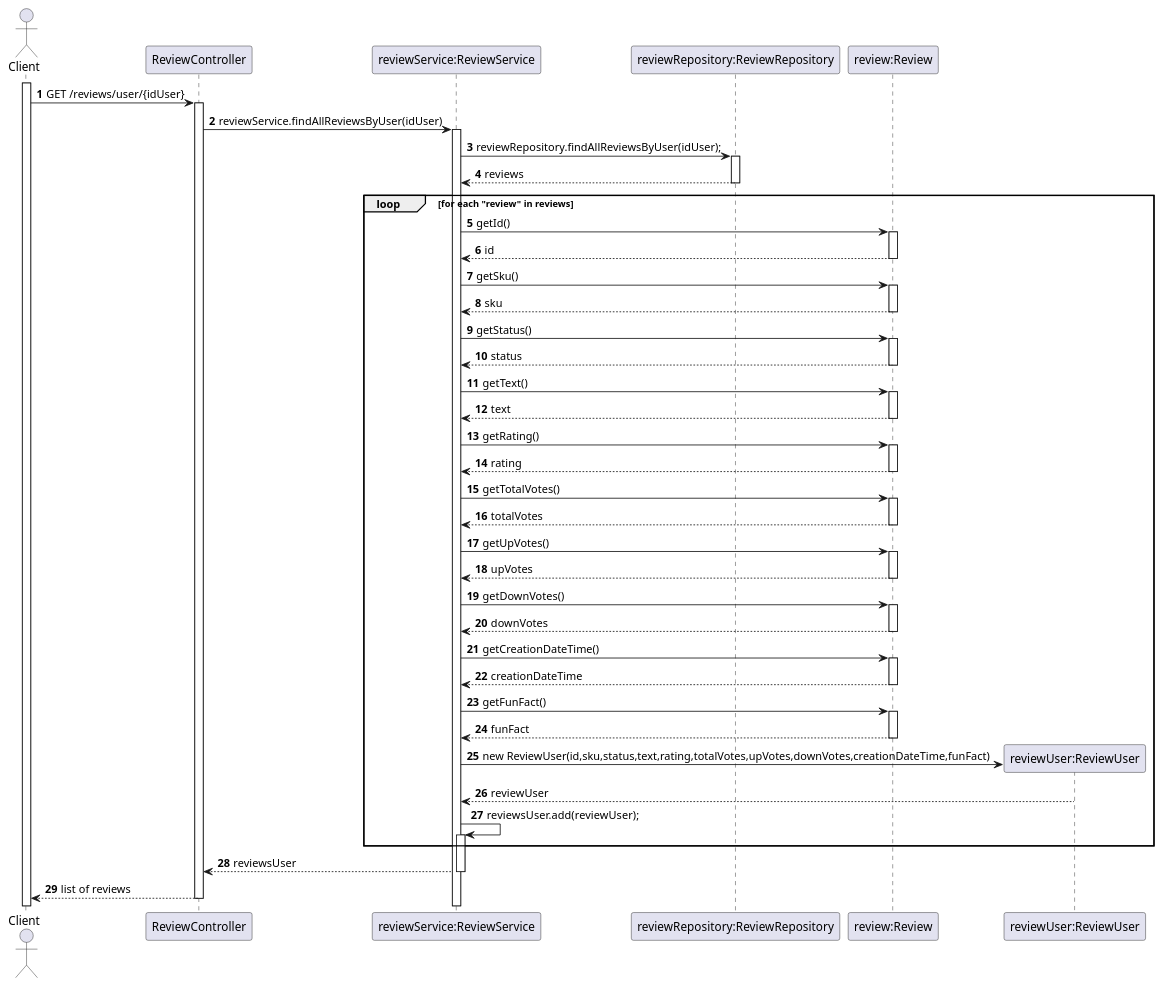
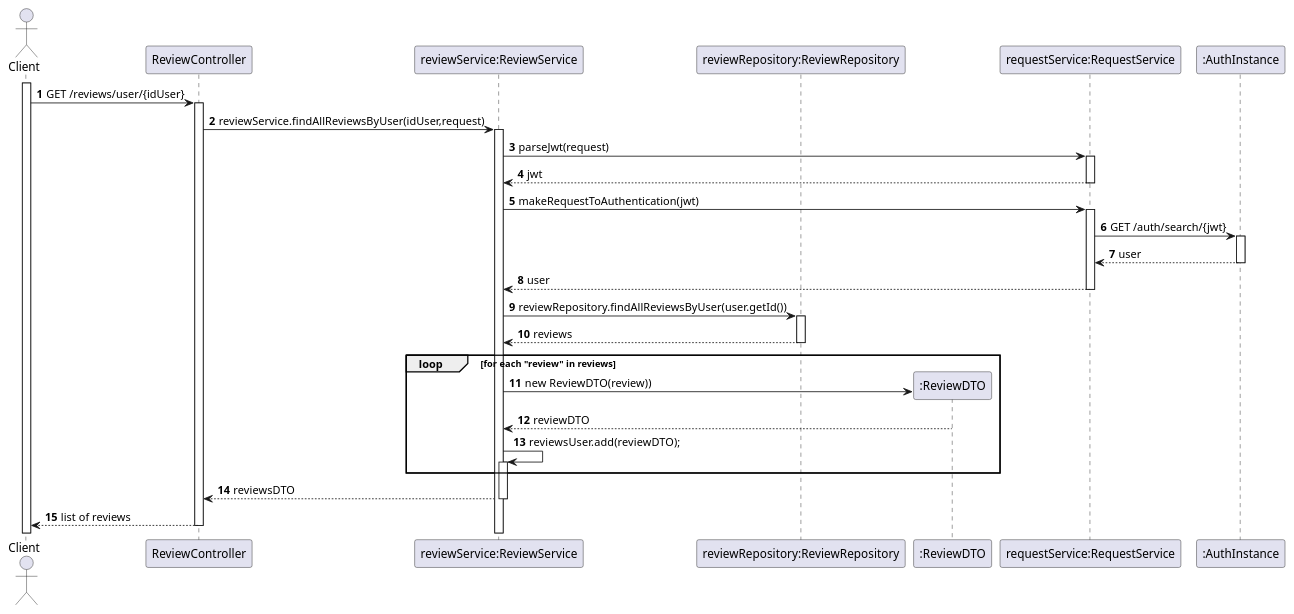
Before and after one commit to TiagoNora/SIDIS-Docs: the diagram in Docs/US11-SD.puml, drawn with PlantUML.

Commit message:
Alterar US11

```diff
--- a/Docs/US11-SD.puml
+++ b/Docs/US11-SD.puml
@@ -1,49 +1,37 @@
 @startuml
 'https://plantuml.com/sequence-diagram
 
 
 autoactivate on
 autonumber
 
 actor "Client" as Client
 participant "ReviewController" as Ctrl
 participant "reviewService:ReviewService" as service
 participant "reviewRepository:ReviewRepository" as Repo
-participant "review:Review" as review
-participant "reviewUser:ReviewUser" as reviewUser
+participant ":ReviewDTO" as reviewDTO
+participant "requestService:RequestService" as request
+participant ":AuthInstance" as instanceAuth
 
 activate Client
 
 Client -> Ctrl : GET /reviews/user/{idUser}
-Ctrl -> service : reviewService.findAllReviewsByUser(idUser)
-service -> Repo: reviewRepository.findAllReviewsByUser(idUser);
+Ctrl -> service : reviewService.findAllReviewsByUser(idUser,request)
+service -> request : parseJwt(request)
+request --> service: jwt
+service -> request: makeRequestToAuthentication(jwt)
+request -> instanceAuth: GET /auth/search/{jwt}
+instanceAuth --> request: user
+request --> service: user
+service -> Repo: reviewRepository.findAllReviewsByUser(user.getId())
 Repo --> service: reviews
 loop for each "review" in reviews
-    service -> review: getId()
-    review --> service: id
-    service -> review: getSku()
-    review --> service: sku
-    service -> review: getStatus()
-    review --> service: status
-    service -> review: getText()
-    review --> service: text
-    service -> review: getRating()
-    review --> service: rating
-    service -> review: getTotalVotes()
-    review --> service: totalVotes
-    service -> review: getUpVotes()
-    review --> service: upVotes
-    service -> review: getDownVotes()
-    review --> service: downVotes
-    service -> review: getCreationDateTime()
-    review --> service: creationDateTime
-    service -> review: getFunFact()
-    review --> service: funFact
-    service -> reviewUser**: new ReviewUser(id,sku,status,text,rating,totalVotes,upVotes,downVotes,creationDateTime,funFact)
-    reviewUser --> service: reviewUser
-    service -> service: reviewsUser.add(reviewUser);
+
+    service -> reviewDTO**: new ReviewDTO(review))
+    reviewDTO --> service: reviewDTO
+    service -> service: reviewsUser.add(reviewDTO);
 end loop
-service --> Ctrl: reviewsUser
+service --> Ctrl: reviewsDTO
 Ctrl --> Client: list of reviews
 
 @enduml
```
